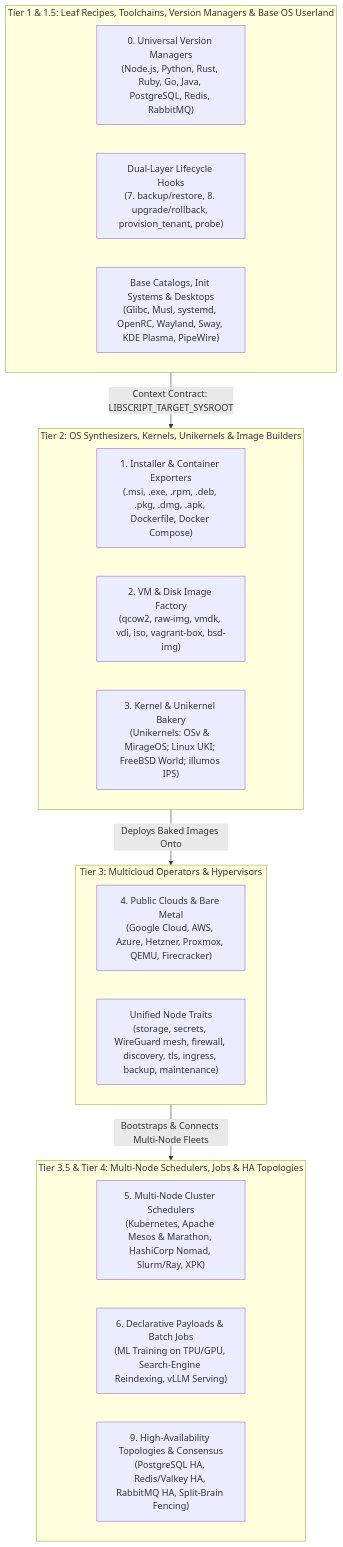
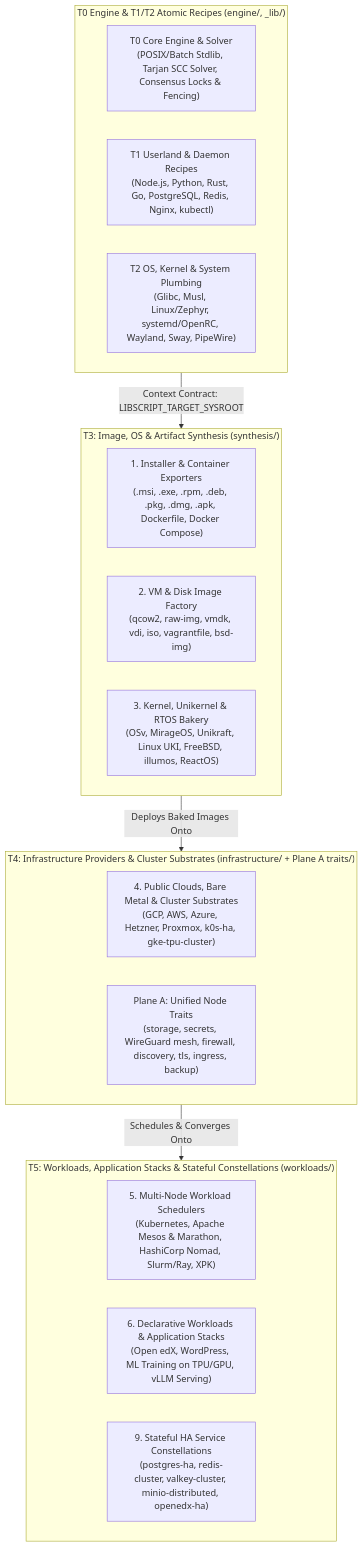
The third of 5 diagrams in README.md (SamuelMarks/libscript), drawn with Mermaid before and after one commit. The commit also changed other lines of this file and 15036 other files, not shown here.

````diff
--- a/README.md
+++ b/README.md
@@ -199,29 +200,29 @@
 ```mermaid
 flowchart TD
-    subgraph Tier1["Tier 1 & 1.5: Leaf Recipes, Toolchains, Version Managers & Base OS Userland"]
-        T1_VM["0. Universal Version Managers<br/>(Node.js, Python, Rust, Ruby, Go, Java, PostgreSQL, Redis, RabbitMQ)"]
-        T1_Hooks["Dual-Layer Lifecycle Hooks<br/>(7. backup/restore, 8. upgrade/rollback, provision_tenant, probe)"]
-        T1_Base["Base Catalogs, Init Systems & Desktops<br/>(Glibc, Musl, systemd, OpenRC, Wayland, Sway, KDE Plasma, PipeWire)"]
+    subgraph T0_T2["T0 Engine & T1/T2 Atomic Recipes (engine/, _lib/)"]
+        T0_Core["T0 Core Engine & Solver<br/>(POSIX/Batch Stdlib, Tarjan SCC Solver, Consensus Locks & Fencing)"]
+        T1_VM["T1 Userland & Daemon Recipes<br/>(Node.js, Python, Rust, Go, PostgreSQL, Redis, Nginx, kubectl)"]
+        T2_Base["T2 OS, Kernel & System Plumbing<br/>(Glibc, Musl, Linux/Zephyr, systemd/OpenRC, Wayland, Sway, PipeWire)"]
     end
 
-    subgraph Tier2["Tier 2: OS Synthesizers, Kernels, Unikernels & Image Builders"]
-        T2_Pkg["1. Installer & Container Exporters<br/>(.msi, .exe, .rpm, .deb, .pkg, .dmg, .apk, Dockerfile, Docker Compose)"]
-        T2_Disk["2. VM & Disk Image Factory<br/>(qcow2, raw-img, vmdk, vdi, iso, vagrant-box, bsd-img)"]
-        T2_Kernel["3. Kernel & Unikernel Bakery<br/>(Unikernels: OSv & MirageOS; Linux UKI; FreeBSD World; illumos IPS)"]
+    subgraph T3["T3: Image, OS & Artifact Synthesis (synthesis/)"]
+        T3_Pkg["1. Installer & Container Exporters<br/>(.msi, .exe, .rpm, .deb, .pkg, .dmg, .apk, Dockerfile, Docker Compose)"]
+        T3_Disk["2. VM & Disk Image Factory<br/>(qcow2, raw-img, vmdk, vdi, iso, vagrantfile, bsd-img)"]
+        T3_Kernel["3. Kernel, Unikernel & RTOS Bakery<br/>(OSv, MirageOS, Unikraft, Linux UKI, FreeBSD, illumos, ReactOS)"]
     end
 
-    subgraph Tier3["Tier 3: Multicloud Operators & Hypervisors"]
-        T3_Cloud["4. Public Clouds & Bare Metal<br/>(Google Cloud, AWS, Azure, Hetzner, Proxmox, QEMU, Firecracker)"]
-        T3_Traits["Unified Node Traits<br/>(storage, secrets, WireGuard mesh, firewall, discovery, tls, ingress, backup, maintenance)"]
+    subgraph T4["T4: Infrastructure Providers & Cluster Substrates (infrastructure/ + Plane A traits/)"]
+        T4_Cloud["4. Public Clouds, Bare Metal & Cluster Substrates<br/>(GCP, AWS, Azure, Hetzner, Proxmox, k0s-ha, gke-tpu-cluster)"]
+        PlaneA_Traits["Plane A: Unified Node Traits<br/>(storage, secrets, WireGuard mesh, firewall, discovery, tls, ingress, backup)"]
     end
 
-    subgraph Tier35_4["Tier 3.5 & Tier 4: Multi-Node Schedulers, Jobs & HA Topologies"]
-        T4_Sched["5. Multi-Node Cluster Schedulers<br/>(Kubernetes, Apache Mesos & Marathon, HashiCorp Nomad, Slurm/Ray, XPK)"]
-        T4_Jobs["6. Declarative Payloads & Batch Jobs<br/>(ML Training on TPU/GPU, Search-Engine Reindexing, vLLM Serving)"]
-        T35_HA["9. High-Availability Topologies & Consensus<br/>(PostgreSQL HA, Redis/Valkey HA, RabbitMQ HA, Split-Brain Fencing)"]
+    subgraph T5["T5: Workloads, Application Stacks & Stateful Constellations (workloads/)"]
+        T5_Sched["5. Multi-Node Workload Schedulers<br/>(Kubernetes, Apache Mesos & Marathon, HashiCorp Nomad, Slurm/Ray, XPK)"]
+        T5_Jobs["6. Declarative Workloads & Application Stacks<br/>(Open edX, WordPress, ML Training on TPU/GPU, vLLM Serving)"]
+        T5_HA["9. Stateful HA Service Constellations<br/>(postgres-ha, redis-cluster, valkey-cluster, minio-distributed, openedx-ha)"]
     end
 
-    Tier1 -->|Context Contract: LIBSCRIPT_TARGET_SYSROOT| Tier2
-    Tier2 -->|Deploys Baked Images Onto| Tier3
-    Tier3 -->|Bootstraps & Connects Multi-Node Fleets| Tier35_4
+    T0_T2 -->|Context Contract: LIBSCRIPT_TARGET_SYSROOT| T3
+    T3 -->|Deploys Baked Images Onto| T4
+    T4 -->|Schedules & Converges Onto| T5
 ```
````
